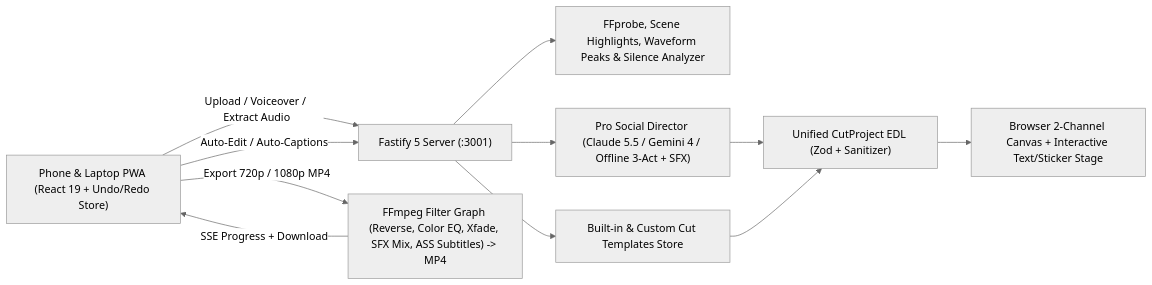
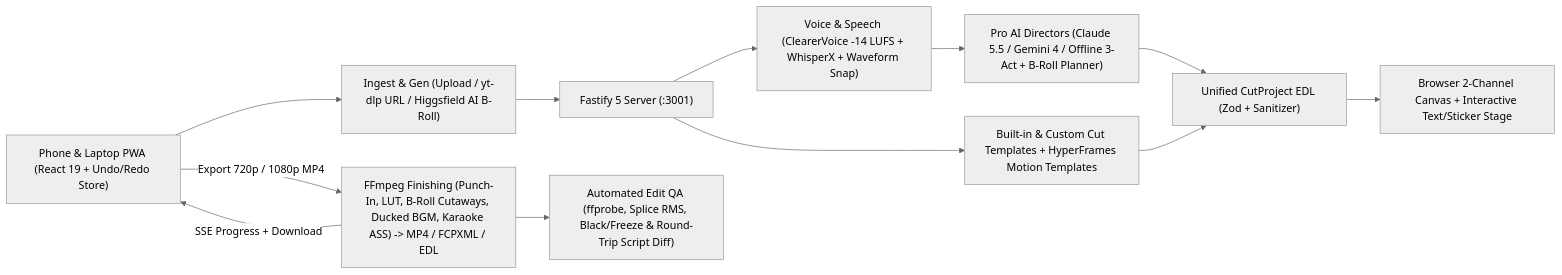
The diagram in README.md (willygailo/web-editor), drawn with Mermaid (neutral theme) before and after one commit. The commit also changed other lines of this file and 2 other files, not shown here.

Commit message:
chore: update gitattributes, gitignore, and project documentation for pro studio features

````diff
--- a/README.md
+++ b/README.md
@@ -148,22 +154,23 @@
 ```mermaid
 flowchart LR
     UI["Phone &amp; Laptop PWA (React 19 + Undo/Redo Store)"]
     API["Fastify 5 Server (:3001)"]
-    Probe["FFprobe, Scene Highlights, Waveform Peaks &amp; Silence Analyzer"]
-    AI["Pro Social Director (Claude 5.5 / Gemini 4 / Offline 3-Act + SFX)"]
-    TPL["Built-in &amp; Custom Cut Templates Store"]
+    Ingest["Ingest &amp; Gen (Upload / yt-dlp URL / Higgsfield AI B-Roll)"]
+    Voice["Voice &amp; Speech (ClearerVoice -14 LUFS + WhisperX + Waveform Snap)"]
+    AI["Pro AI Directors (Claude 5.5 / Gemini 4 / Offline 3-Act + B-Roll Planner)"]
+    TPL["Built-in &amp; Custom Cut Templates + HyperFrames Motion Templates"]
     EDL["Unified CutProject EDL (Zod + Sanitizer)"]
     Preview["Browser 2-Channel Canvas + Interactive Text/Sticker Stage"]
-    Render["FFmpeg Filter Graph (Reverse, Color EQ, Xfade, SFX Mix, ASS Subtitles) -&gt; MP4"]
+    Render["FFmpeg Finishing (Punch-In, LUT, B-Roll Cutaways, Ducked BGM, Karaoke ASS) -&gt; MP4 / FCPXML / EDL"]
+    QA["Automated Edit QA (ffprobe, Splice RMS, Black/Freeze &amp; Round-Trip Script Diff)"]
 
-    UI -->|"Upload / Voiceover / Extract Audio"| API
-    API --> Probe
-    UI -->|"Auto-Edit / Auto-Captions"| API
-    API --> AI
+    UI --> Ingest --> API
+    API --> Voice --> AI
     API --> TPL
     AI --> EDL
     TPL --> EDL
     EDL --> Preview
     UI -->|"Export 720p / 1080p MP4"| Render
+    Render --> QA
     Render -->|"SSE Progress + Download"| UI
 ```
````
